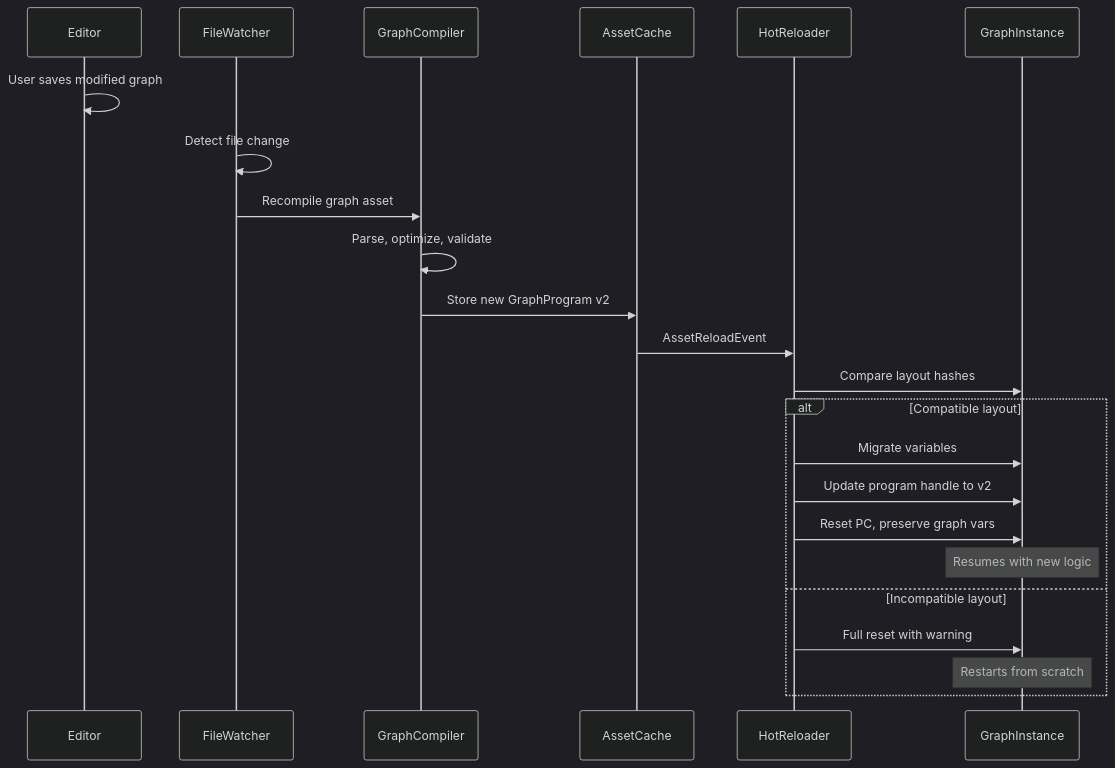
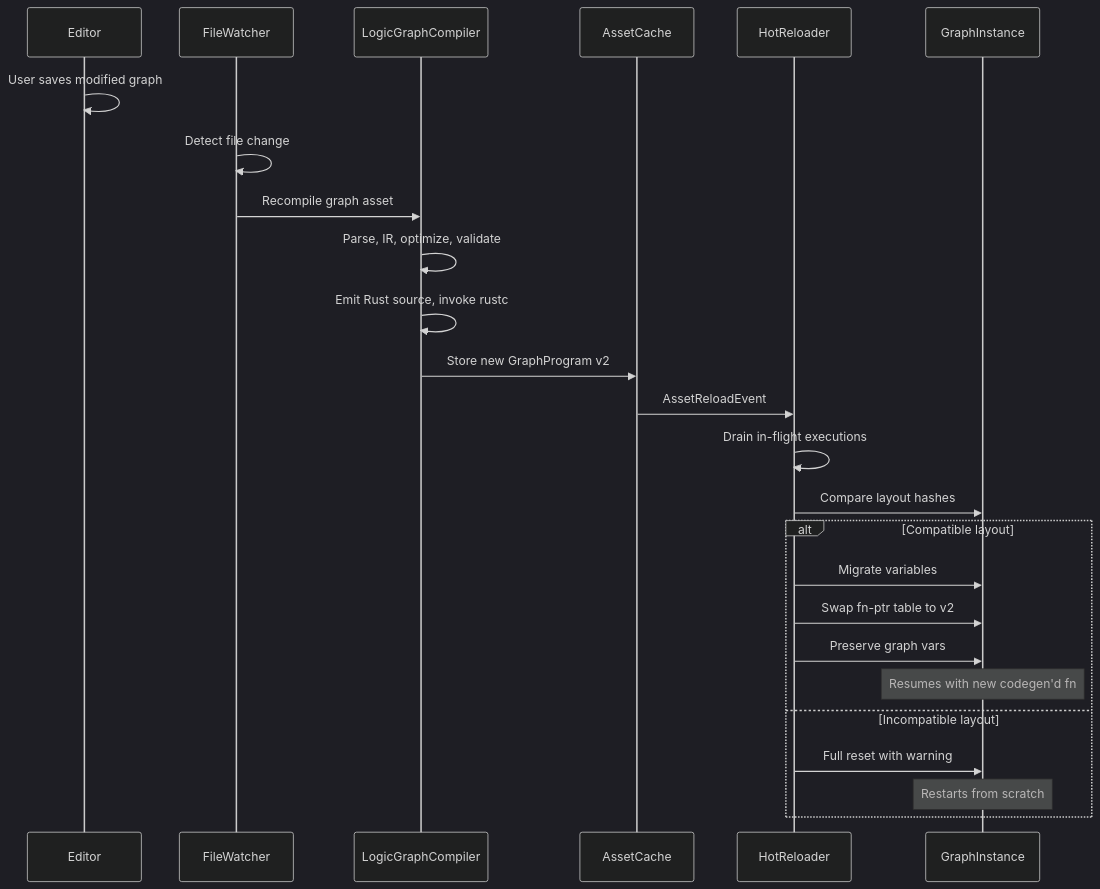
Before and after one commit to harmonius-dev/harmonius: the sixth of 8 diagrams in docs/design/game-framework/scripting.md, drawn with Mermaid (dark theme). The commit also changed other lines of this file and 174 other files, not shown here.

````diff
--- a/docs/design/game-framework/scripting.md
+++ b/docs/design/game-framework/scripting.md
@@ -1313,27 +1489,29 @@
 ```mermaid
 sequenceDiagram
     participant ED as Editor
     participant FW as FileWatcher
-    participant CC as GraphCompiler
+    participant LC as LogicGraphCompiler
     participant AC as AssetCache
     participant HR as HotReloader
     participant GI as GraphInstance
 
     ED->>ED: User saves modified graph
     FW->>FW: Detect file change
-    FW->>CC: Recompile graph asset
-    CC->>CC: Parse, optimize, validate
-    CC->>AC: Store new GraphProgram v2
+    FW->>LC: Recompile graph asset
+    LC->>LC: Parse, IR, optimize, validate
+    LC->>LC: Emit Rust source, invoke rustc
+    LC->>AC: Store new GraphProgram v2
     AC->>HR: AssetReloadEvent
 
+    HR->>HR: Drain in-flight executions
     HR->>GI: Compare layout hashes
     alt Compatible layout
         HR->>GI: Migrate variables
-        HR->>GI: Update program handle to v2
-        HR->>GI: Reset PC, preserve graph vars
-        Note over GI: Resumes with new logic
+        HR->>GI: Swap fn-ptr table to v2
+        HR->>GI: Preserve graph vars
+        Note over GI: Resumes with new codegen'd fn
     else Incompatible layout
         HR->>GI: Full reset with warning
         Note over GI: Restarts from scratch
     end
 ```
````
